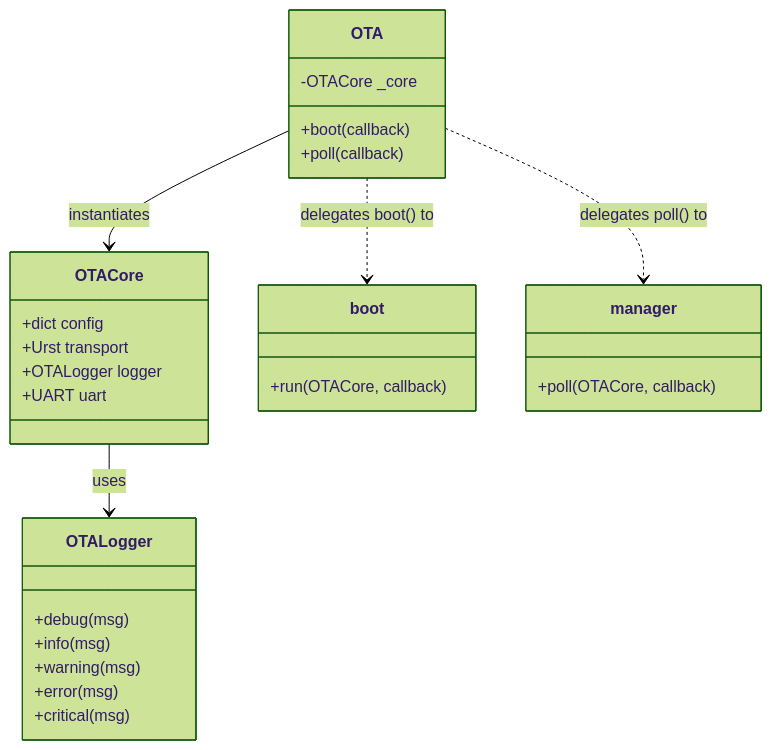
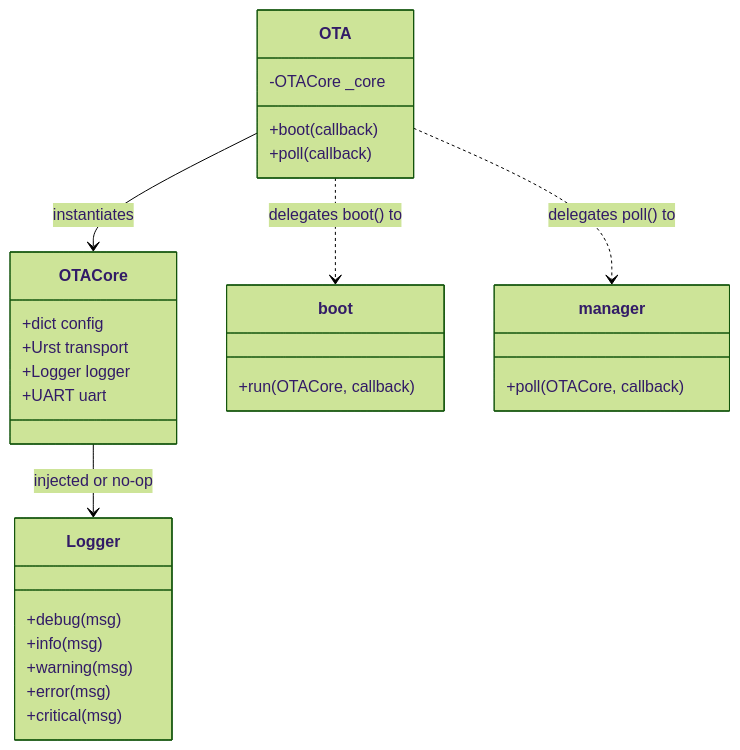
Before and after one commit to simonl65/otampy: the diagram in docs/architecture.md, drawn with Mermaid (forest theme). The commit also changed other lines of this file and 15 other files, not shown here.

````diff
--- a/docs/architecture.md
+++ b/docs/architecture.md
@@ -30,36 +30,36 @@
 ```mermaid
 classDiagram
     class OTA {
         -OTACore _core
         +boot(callback)
         +poll(callback)
     }
 
     class OTACore {
         +dict config
         +Urst transport
-        +OTALogger logger
+        +Logger logger
         +UART uart
     }
 
     class boot {
         +run(OTACore, callback)
     }
 
     class manager {
         +poll(OTACore, callback)
     }
 
-    class OTALogger {
+    class Logger {
         +debug(msg)
         +info(msg)
         +warning(msg)
         +error(msg)
         +critical(msg)
     }
 
     OTA --> OTACore : instantiates
     OTA ..> boot : delegates boot() to
     OTA ..> manager : delegates poll() to
-    OTACore --> OTALogger : uses
+    OTACore --> Logger : injected or no-op
 ```
````
